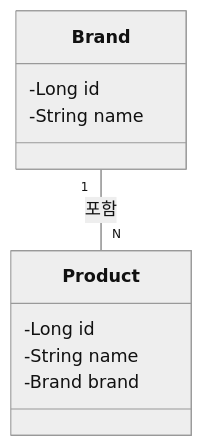
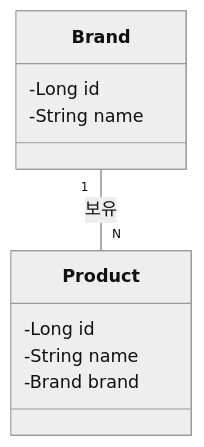
Before and after one commit to dhgu-dev/e-commerce: the second of 9 diagrams in docs/design/03-class-diagrams.md, drawn with Mermaid (neutral theme). The commit also changed other lines of this file and 3 other files, not shown here.

First line of the commit message:
docs: 시퀀스 및 클래스 다이어그램 개선 (#11)

````diff
--- a/docs/design/03-class-diagrams.md
+++ b/docs/design/03-class-diagrams.md
@@ -34,13 +29,14 @@
 ```mermaid
 classDiagram
     class Brand {
         -Long id
         -String name
     }
     class Product {
         -Long id
         -String name
         -Brand brand
     }
-    Brand "1" -- "N" Product : 포함
+    
+    Brand "1" -- "N" Product : 보유
 ```
````
